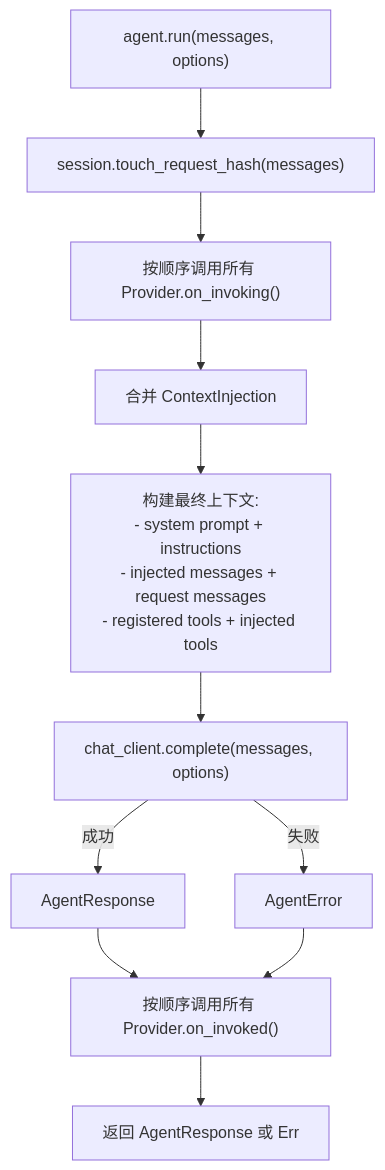
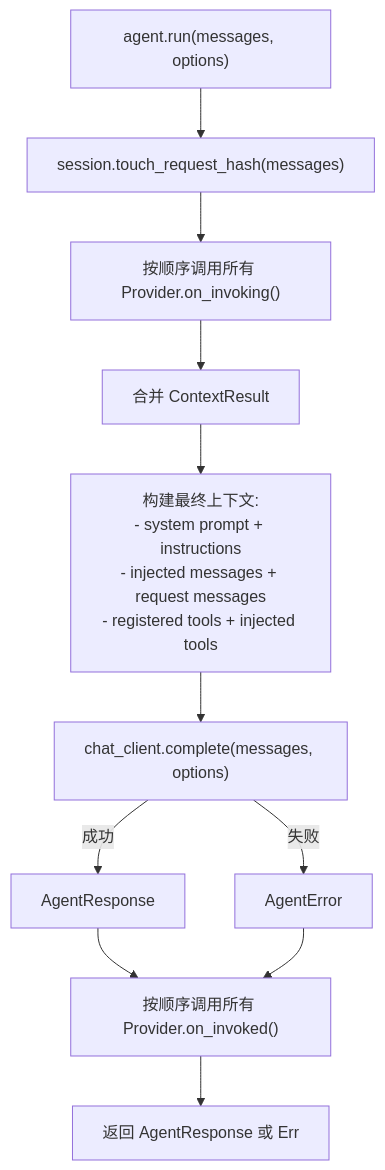
The second of 2 diagrams in docs/05-context-providers/overview.md (Rust-Framework/rust-agent-framework), drawn with Mermaid before and after one commit. The commit also changed other lines of this file and 59 other files, not shown here.

````diff
--- a/docs/05-context-providers/overview.md
+++ b/docs/05-context-providers/overview.md
@@ -140,17 +140,17 @@
 ```mermaid
 flowchart TD
     START["agent.run(messages, options)"] --> TOUCH["session.touch_request_hash(messages)"]
     TOUCH --> PRE_PROV["按顺序调用所有 Provider.on_invoking()"]
-    PRE_PROV --> MERGE["合并 ContextInjection"]
+    PRE_PROV --> MERGE["合并 ContextResult"]
 
     MERGE --> BUILD["构建最终上下文:<br/>- system prompt + instructions<br/>- injected messages + request messages<br/>- registered tools + injected tools"]
 
     BUILD --> CHAT["chat_client.complete(messages, options)"]
     CHAT -->|成功| RESP["AgentResponse"]
     CHAT -->|失败| ERR["AgentError"]
 
     RESP --> POST_PROV["按顺序调用所有 Provider.on_invoked()"]
     ERR --> POST_PROV
 
     POST_PROV --> END["返回 AgentResponse 或 Err"]
 ```
````
